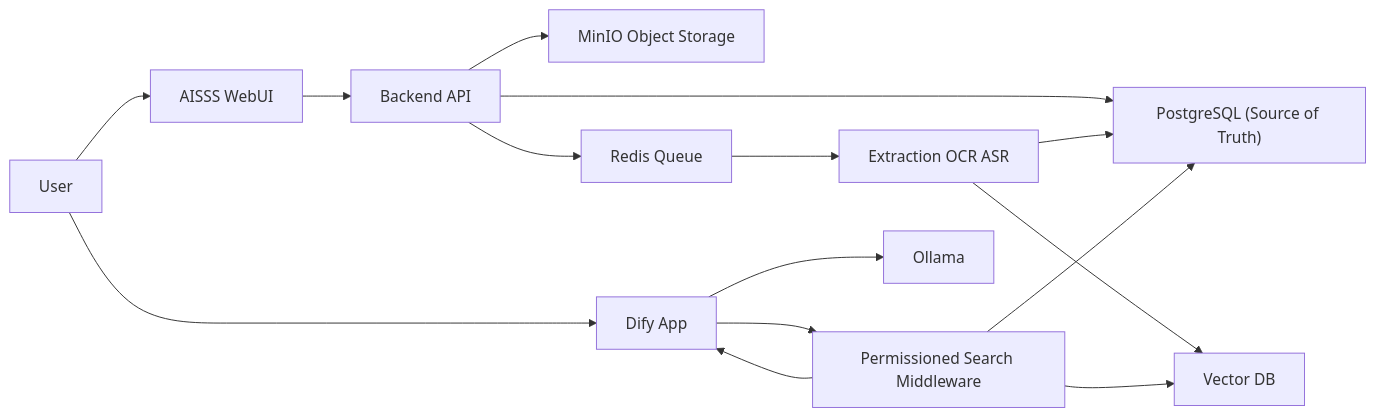
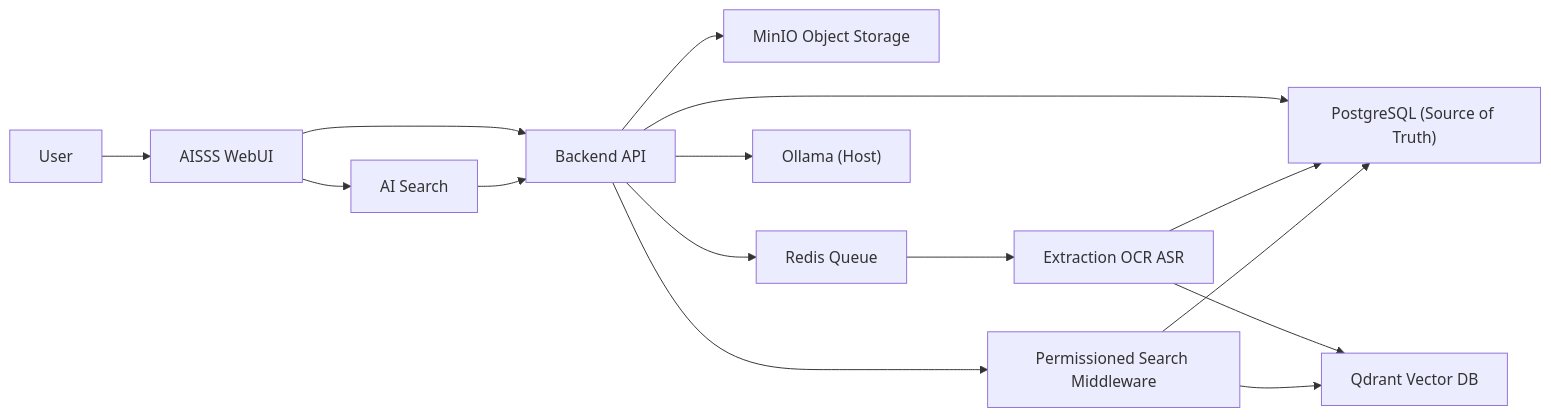
Before and after one commit to matrix9neonebuchadnezzar2199-sketch/Aisss: the diagram in README.md, drawn with Mermaid. The commit also changed other lines of this file and 28 other files, not shown here.

First line of the commit message:
docs(arch): remove Dify and adopt native Ollama AISSS design

````diff
--- a/README.md
+++ b/README.md
@@ -58,17 +59,17 @@
 ```mermaid
 flowchart LR
   user["User"] --> webui["AISSS WebUI"]
   webui --> api["Backend API"]
   api --> postgres["PostgreSQL (Source of Truth)"]
   api --> storage["MinIO Object Storage"]
   api --> queue["Redis Queue"]
   queue --> extract["Extraction OCR ASR"]
   extract --> postgres
-  extract --> vector["Vector DB"]
-  user --> dify["Dify App"]
-  dify --> searchMw["Permissioned Search Middleware"]
+  extract --> vector["Qdrant Vector DB"]
+  webui --> aiSearch["AI Search"]
+  aiSearch --> api
+  api --> searchMw["Permissioned Search Middleware"]
   searchMw --> postgres
   searchMw --> vector
-  searchMw --> dify
-  dify --> ollama["Ollama"]
+  api --> ollama["Ollama (Host)"]
 ```
````
